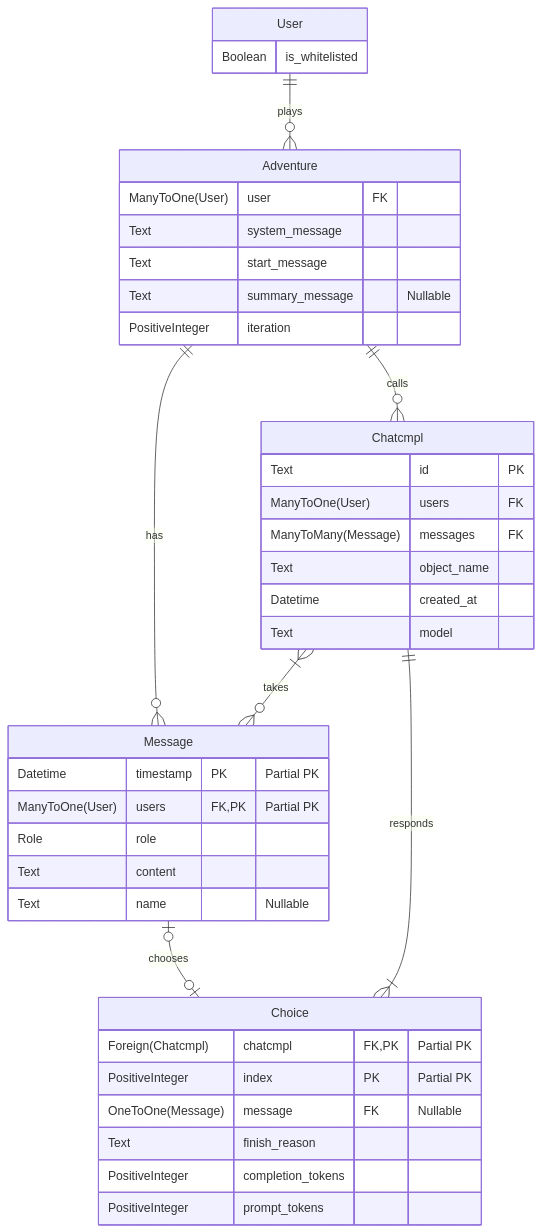
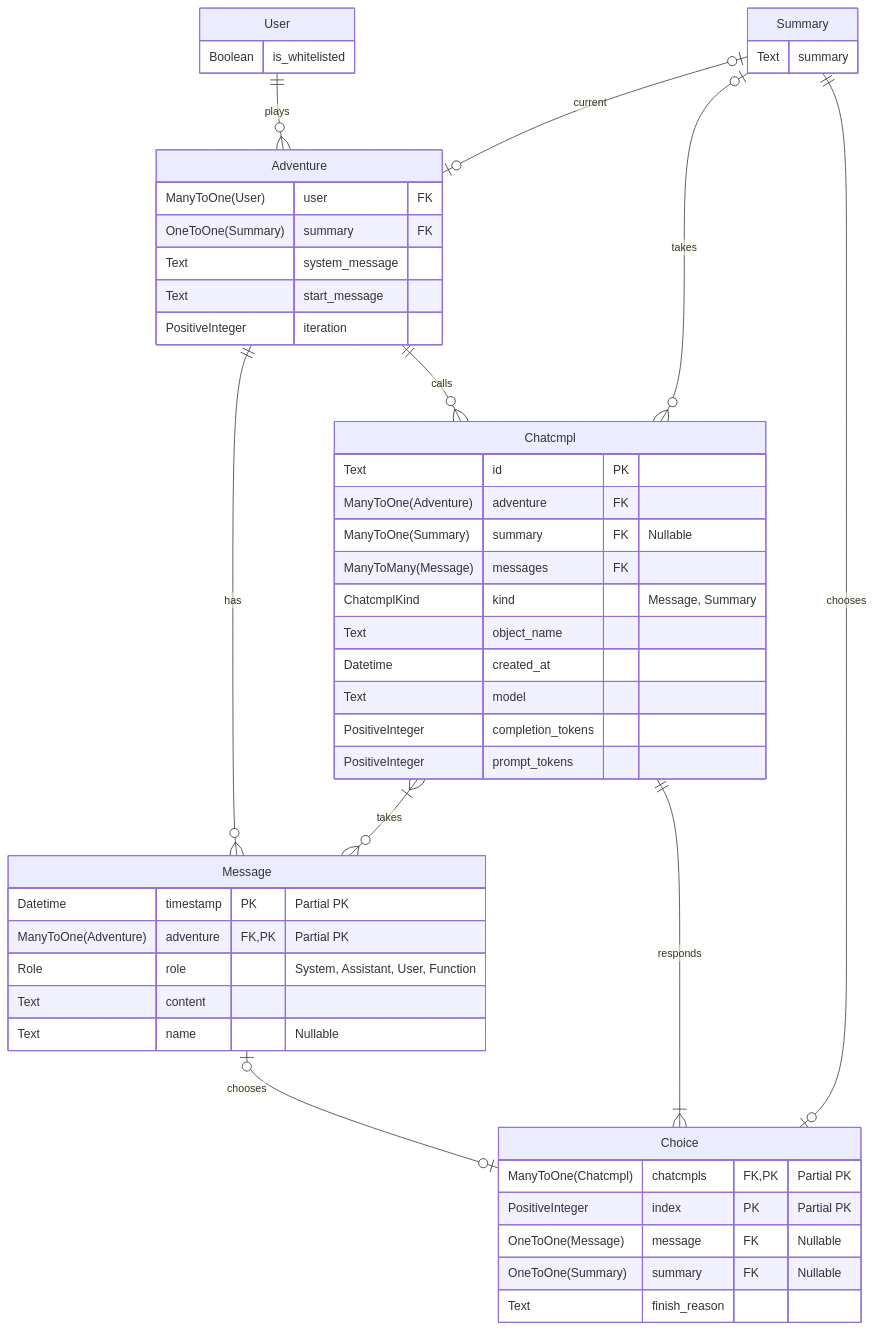
The second of 2 diagrams in README.md (LioQing/verbose-adventure), drawn with Mermaid before and after one commit. The commit also changed other lines of this file and 15 other files, not shown here.

````diff
--- a/README.md
+++ b/README.md
@@ -67,52 +67,65 @@
 ```mermaid
 erDiagram
     User {
         Boolean is_whitelisted
     }
 
     Adventure {
         ManyToOne(User) user FK
+        OneToOne(Summary) summary FK
         Text system_message
         Text start_message
-        Text summary_message "Nullable"
         PositiveInteger iteration
+    }
+
+    Chatcmpl {
+        Text id PK
+        ManyToOne(Adventure) adventure FK
+        ManyToOne(Summary) summary FK "Nullable"
+        ManyToMany(Message) messages FK
+        ChatcmplKind kind "Message, Summary"
+        Text object_name
+        Datetime created_at
+        Text model
+        PositiveInteger completion_tokens
+        PositiveInteger prompt_tokens
+    }
+
+    Summary {
+        Text summary
     }
 
     Message {
         Datetime timestamp PK "Partial PK"
-        ManyToOne(User) users FK,PK "Partial PK"
-        Role role
+        ManyToOne(Adventure) adventure FK,PK "Partial PK"
+        Role role "System, Assistant, User, Function"
         Text content
         Text name "Nullable"
     }
 
-    Chatcmpl {
-        Text id PK
-        ManyToOne(User) users FK
-        ManyToMany(Message) messages FK
-        Text object_name
-        Datetime created_at
-        Text model
-    }
-
     Choice {
-        Foreign(Chatcmpl) chatcmpl FK,PK "Partial PK"
+        ManyToOne(Chatcmpl) chatcmpls FK,PK "Partial PK"
         PositiveInteger index PK "Partial PK"
         OneToOne(Message) message FK "Nullable"
+        OneToOne(Summary) summary FK "Nullable"
         Text finish_reason
-        PositiveInteger completion_tokens
-        PositiveInteger prompt_tokens
     }
 
     User ||--o{ Adventure : plays
 
     Adventure ||--o{ Message : has
 
     Adventure ||--o{ Chatcmpl : calls
 
     Chatcmpl }|--o{ Message : takes
 
     Chatcmpl ||--|{ Choice : responds
 
+        Summary |o--o| Adventure : current
+
+    Summary |o--o{ Chatcmpl : takes
+
+    Summary ||--o| Choice : chooses
+
     Message |o--o| Choice : chooses
 ```
````
